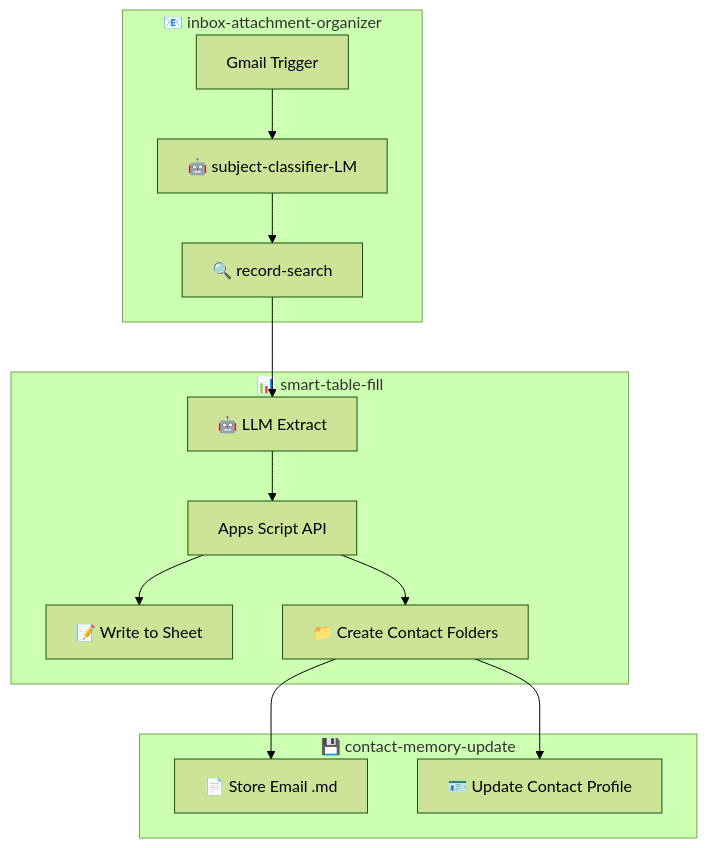
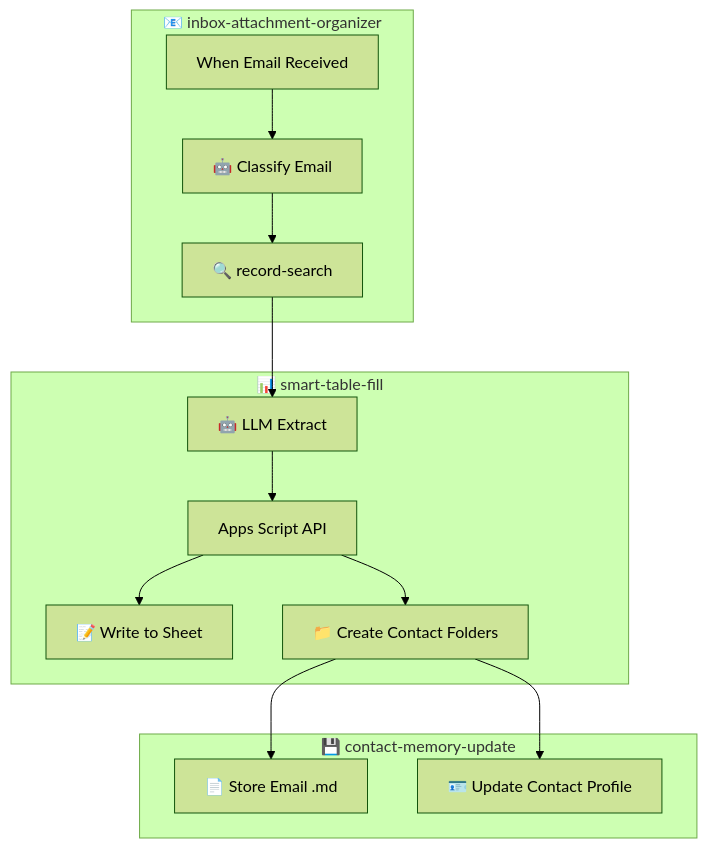
The diagram in projects/n8n/02_smart-table-fill/docs/email-crm-guide.md (runfish5/micro-services), drawn with Mermaid (forest theme) before and after one commit. The commit also changed other lines of this file and 8 other files, not shown here.

````diff
--- a/projects/n8n/02_smart-table-fill/docs/email-crm-guide.md
+++ b/projects/n8n/02_smart-table-fill/docs/email-crm-guide.md
@@ -19,19 +19,19 @@
 ```mermaid
 flowchart TB
     subgraph "📧 inbox-attachment-organizer"
-        Gmail[Gmail Trigger] --> Classify[🤖 subject-classifier-LM]
+        Gmail[When Email Received] --> Classify[🤖 Classify Email]
         Classify --> RecordSearch[🔍 record-search]
     end
 
     subgraph "📊 smart-table-fill"
         RecordSearch --> Extract[🤖 LLM Extract]
         Extract --> AppScript[Apps Script API]
         AppScript --> Sheet[📝 Write to Sheet]
         AppScript --> Folders[📁 Create Contact Folders]
     end
 
     subgraph "💾 contact-memory-update"
         Folders --> StoreEmail[📄 Store Email .md]
         Folders --> UpdateProfile[🪪 Update Contact Profile]
     end
 ```
````
